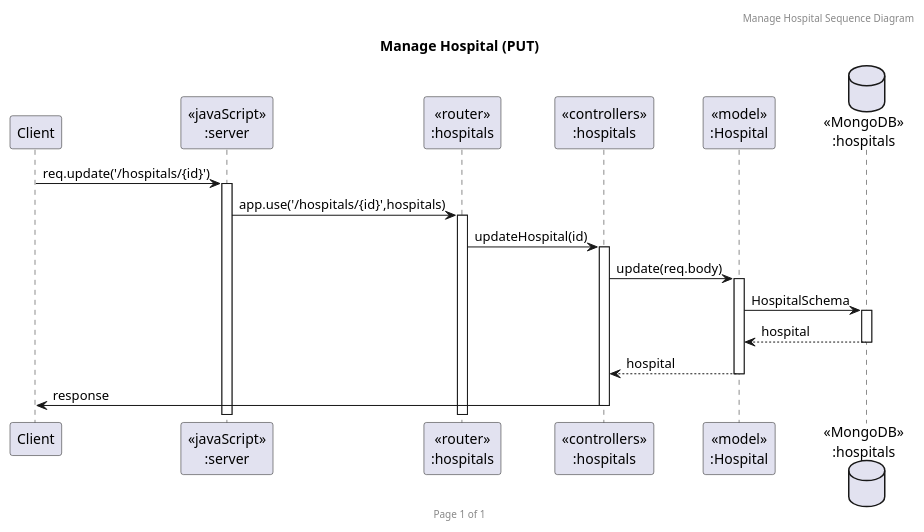
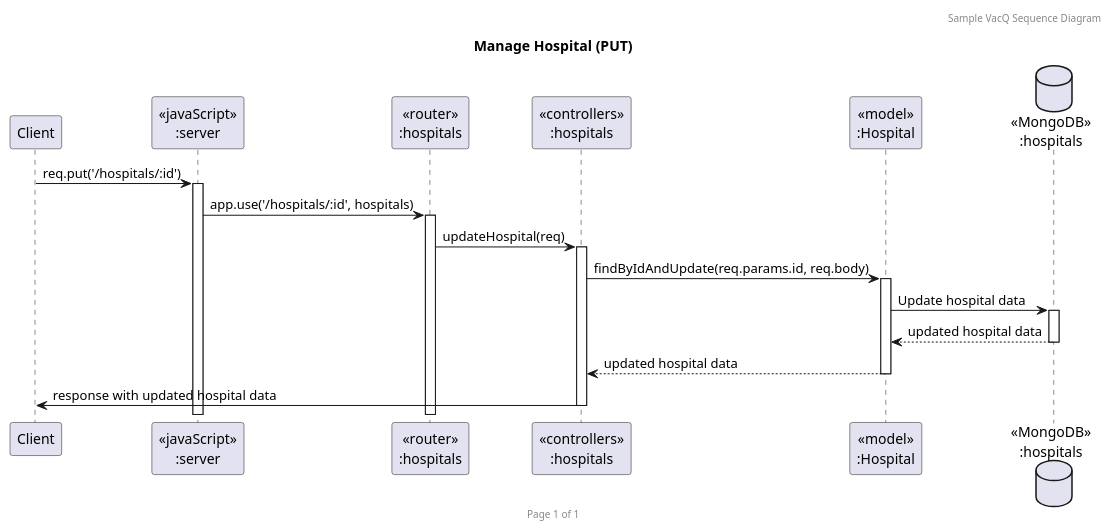
One commit to guncv/Soft_Dev_Prac_Backend changed the diagram in PLANTUML/ManageHospitalSequencePUT.puml. Above: the diagram before and after it, drawn with PlantUML. The commit also changed 3 other files, not shown here.

```diff
--- a/PLANTUML/ManageHospitalSequencePUT.puml
+++ b/PLANTUML/ManageHospitalSequencePUT.puml
@@ -1,23 +1,23 @@
 @startuml Manage Hospital (PUT)
 
-header Manage Hospital Sequence Diagram
+header Sample VacQ Sequence Diagram
 footer Page %page% of %lastpage%
 title "Manage Hospital (PUT)"
 
 participant "Client" as client
 participant "<<javaScript>>\n:server" as server
 participant "<<router>>\n:hospitals" as routerHospitals
 participant "<<controllers>>\n:hospitals" as controllersHospitals
 participant "<<model>>\n:Hospital" as modelHospital
 database "<<MongoDB>>\n:hospitals" as HospitalsDatabase
 
-client->server ++:req.update('/hospitals/{id}')
-server->routerHospitals ++:app.use('/hospitals/{id}',hospitals)
-routerHospitals -> controllersHospitals ++:updateHospital(id)
-controllersHospitals->modelHospital ++:update(req.body)
-modelHospital ->HospitalsDatabase ++: HospitalSchema
-HospitalsDatabase --> modelHospital --: hospital
-controllersHospitals <-- modelHospital --:hospital
-controllersHospitals->client --:response
+client->server ++:req.put('/hospitals/:id')
+server->routerHospitals ++:app.use('/hospitals/:id', hospitals)
+routerHospitals -> controllersHospitals ++:updateHospital(req)
+controllersHospitals->modelHospital ++:findByIdAndUpdate(req.params.id, req.body)
+modelHospital ->HospitalsDatabase ++: Update hospital data
+HospitalsDatabase --> modelHospital --: updated hospital data
+controllersHospitals <-- modelHospital --: updated hospital data
+controllersHospitals->client --: response with updated hospital data
 
-@enduml
+@enduml 
```
